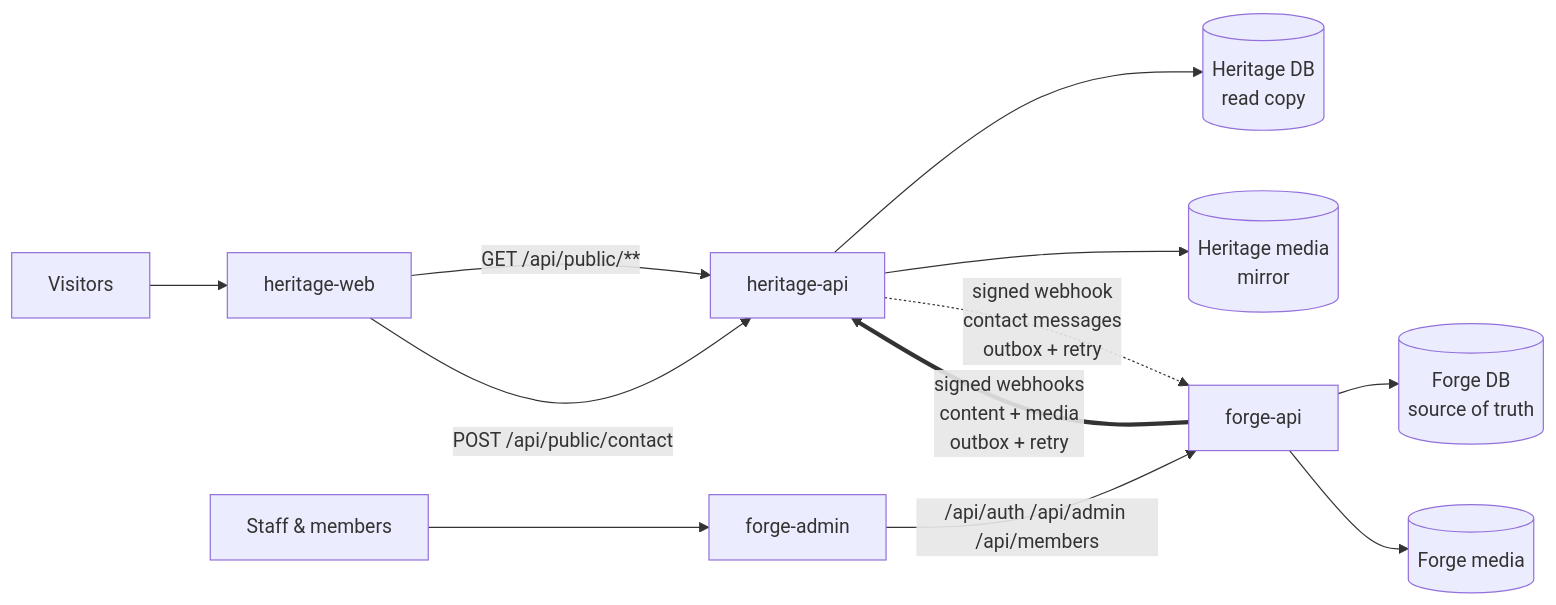
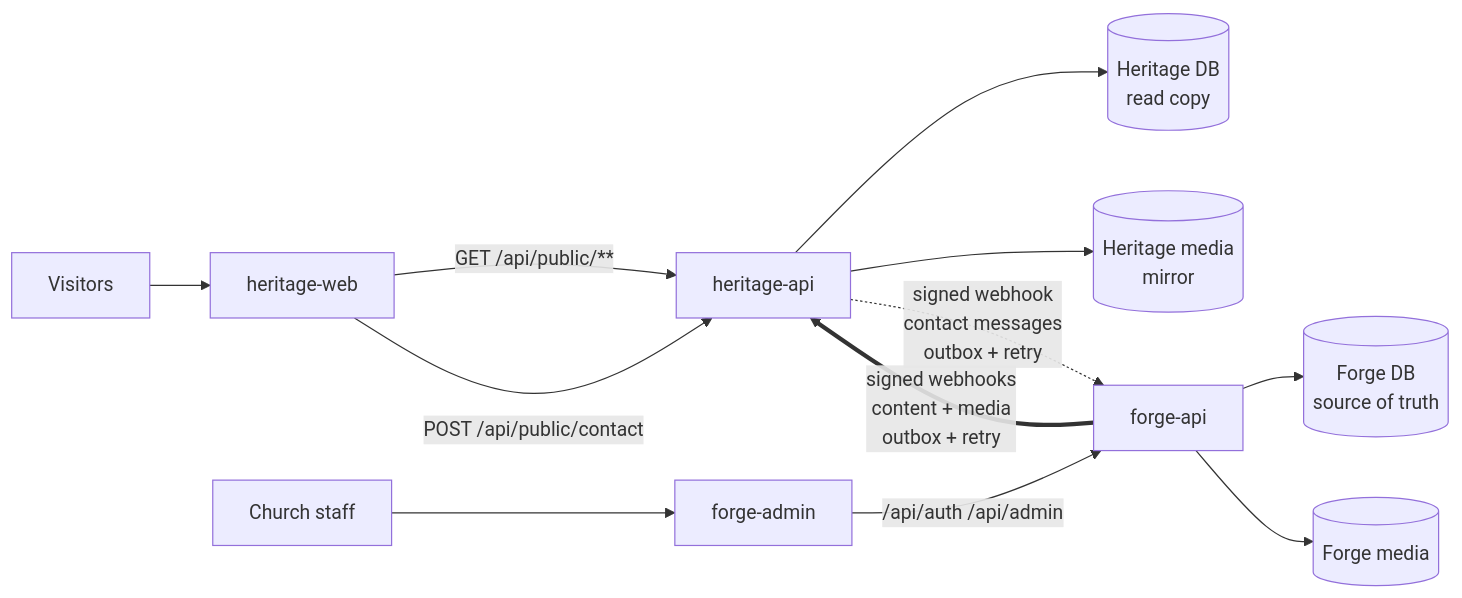
One commit to Malcom-Yingwani/Forge-Admin changed the diagram in docs/wiki/System-Architecture.md. Above: the diagram before and after it, drawn with Mermaid. The commit also changed other lines of this file and 13 other files, not shown here.

````diff
--- a/docs/wiki/System-Architecture.md
+++ b/docs/wiki/System-Architecture.md
@@ -12,16 +12,16 @@
 ```mermaid
 flowchart LR
   V[Visitors] --> WEB[heritage-web]
   WEB -->|GET /api/public/**| HAPI[heritage-api]
   WEB -->|POST /api/public/contact| HAPI
   HAPI --> HDB[(Heritage DB<br/>read copy)]
   HAPI --> HMEDIA[(Heritage media<br/>mirror)]
 
-  S[Staff & members] --> ADM[forge-admin]
-  ADM -->|/api/auth /api/admin /api/members| FAPI[forge-api]
+  S[Church staff] --> ADM[forge-admin]
+  ADM -->|/api/auth /api/admin| FAPI[forge-api]
   FAPI --> FDB[(Forge DB<br/>source of truth)]
   FAPI --> FMEDIA[(Forge media)]
 
   FAPI ==>|signed webhooks<br/>content + media<br/>outbox + retry| HAPI
   HAPI -.->|signed webhook<br/>contact messages<br/>outbox + retry| FAPI
 ```
````
